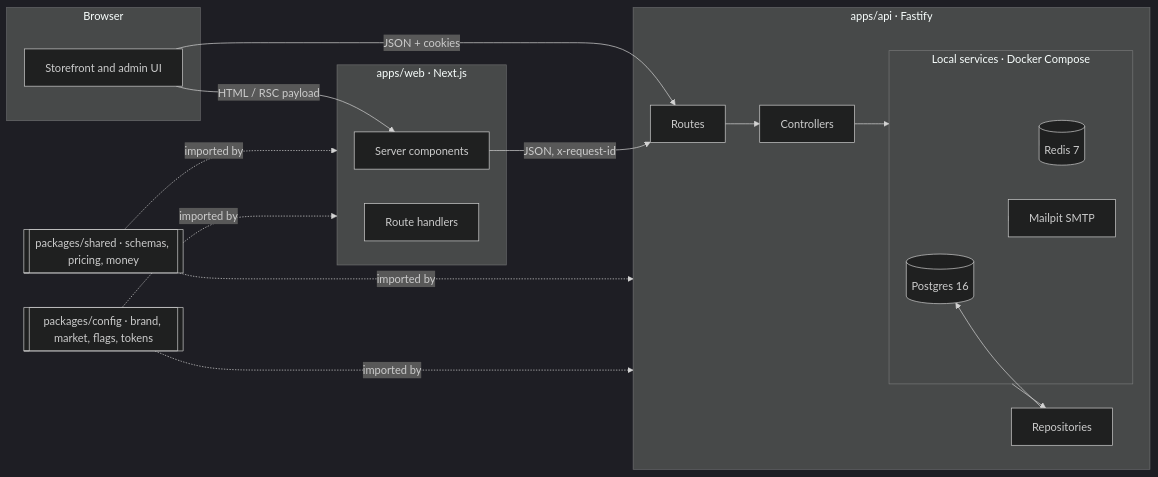
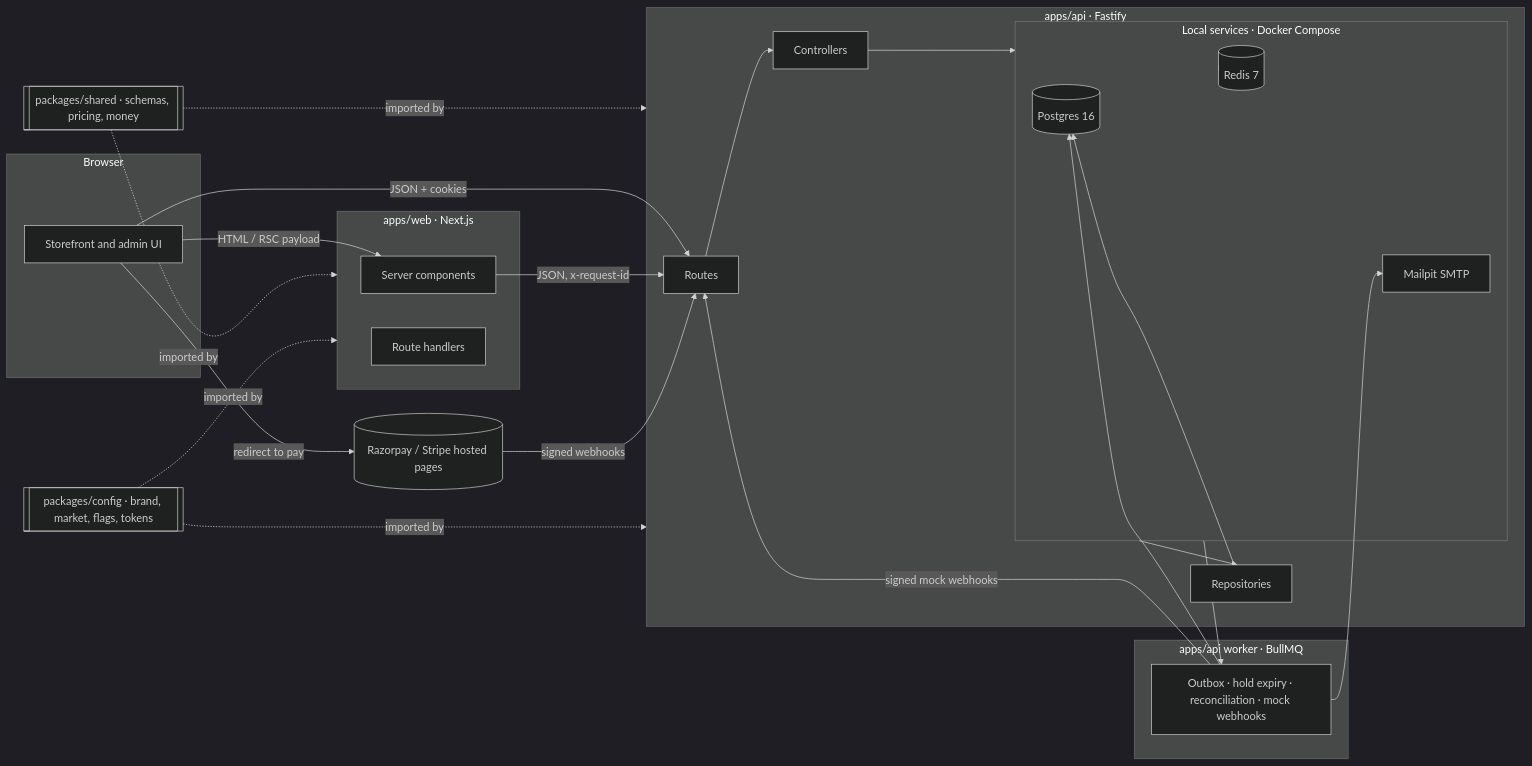
One commit to Aryandotcom-ui/Optical changed the first of 3 diagrams in docs/ARCHITECTURE.md. Above: the diagram before and after it, drawn with Mermaid (dark theme). The commit also changed other lines of this file and 83 other files, not shown here.

````diff
--- a/docs/ARCHITECTURE.md
+++ b/docs/ARCHITECTURE.md
@@ -5,28 +5,37 @@
 ```mermaid
 flowchart LR
   subgraph Browser
     UI[Storefront and admin UI]
   end
   subgraph apps/web [apps/web · Next.js]
     RSC[Server components]
     RH[Route handlers]
   end
   subgraph apps/api [apps/api · Fastify]
     Routes --> Controllers --> Services --> Repositories
   end
+  subgraph Worker [apps/api worker · BullMQ]
+    Jobs[Outbox · hold expiry · reconciliation · mock webhooks]
+  end
+  Providers[(Razorpay / Stripe hosted pages)]
   subgraph Services [Local services · Docker Compose]
     PG[(Postgres 16)]
     RD[(Redis 7)]
     MP[Mailpit SMTP]
   end
   UI -- HTML / RSC payload --> RSC
   UI -- JSON + cookies --> Routes
   RSC -- JSON, x-request-id --> Routes
   Repositories --> PG
   Services --> RD
-  Services --> MP
+  Services --> Jobs
+  Jobs --> PG
+  Jobs --> MP
+  Jobs -- signed mock webhooks --> Routes
+  Providers -- signed webhooks --> Routes
+  UI -- redirect to pay --> Providers
   shared[[packages/shared · schemas, pricing, money]] -.imported by.-> apps/web
   shared -.imported by.-> apps/api
   config[[packages/config · brand, market, flags, tokens]] -.imported by.-> apps/web
   config -.imported by.-> apps/api
 ```
````
